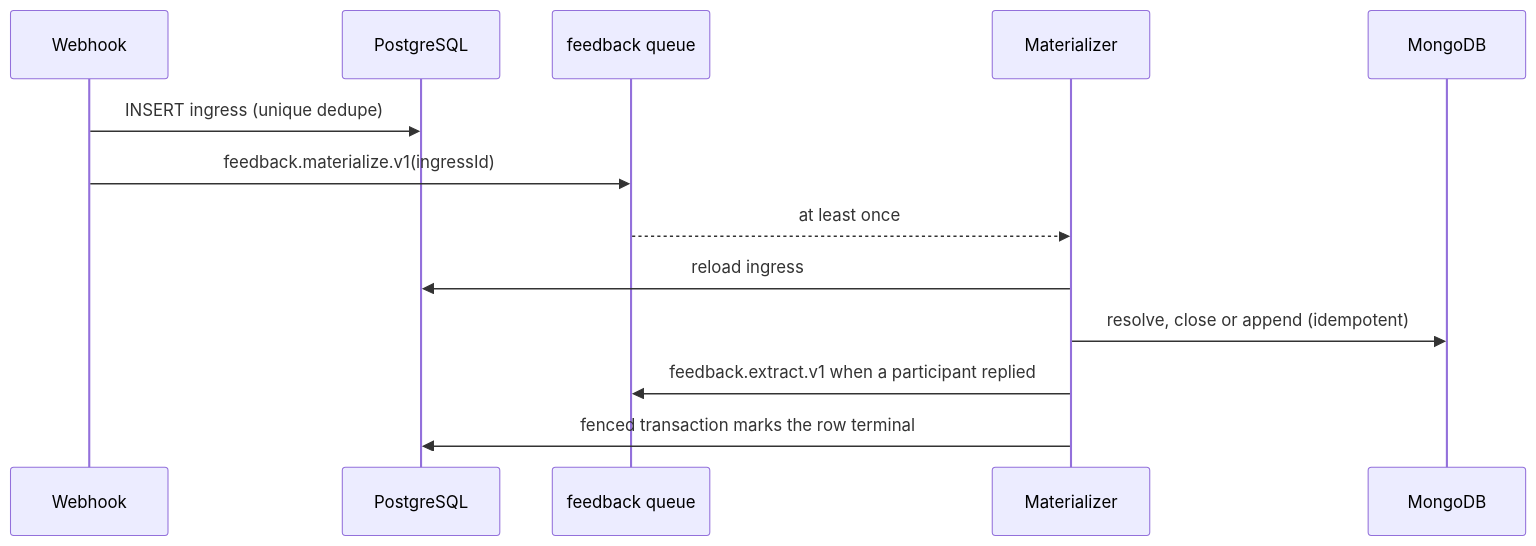
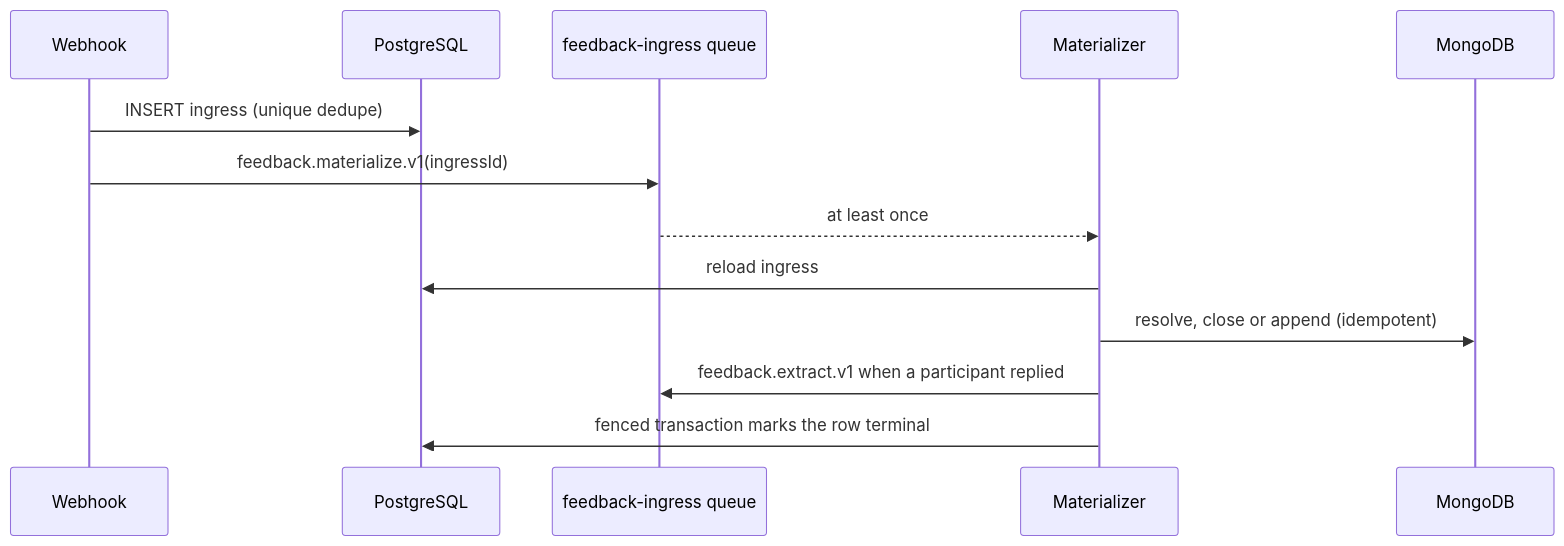
The third of 5 diagrams in docs/backend/modules/post-event-feedback.md (johnakisk0700/slopform), drawn with Mermaid before and after one commit. The commit also changed other lines of this file and 14 other files, not shown here.

First line of the commit message:
perf(feedback): give materialization its own queue

````diff
--- a/docs/backend/modules/post-event-feedback.md
+++ b/docs/backend/modules/post-event-feedback.md
@@ -743,16 +746,16 @@
 ```mermaid
 sequenceDiagram
   participant Hook as Webhook
   participant PG as PostgreSQL
-  participant Queue as feedback queue
+  participant Queue as feedback-ingress queue
   participant Worker as Materializer
   participant Mongo as MongoDB
 
   Hook->>PG: INSERT ingress (unique dedupe)
   Hook->>Queue: feedback.materialize.v1(ingressId)
   Queue-->>Worker: at least once
   Worker->>PG: reload ingress
   Worker->>Mongo: resolve, close or append (idempotent)
   Worker->>Queue: feedback.extract.v1 when a participant replied
   Worker->>PG: fenced transaction marks the row terminal
 ```
````
